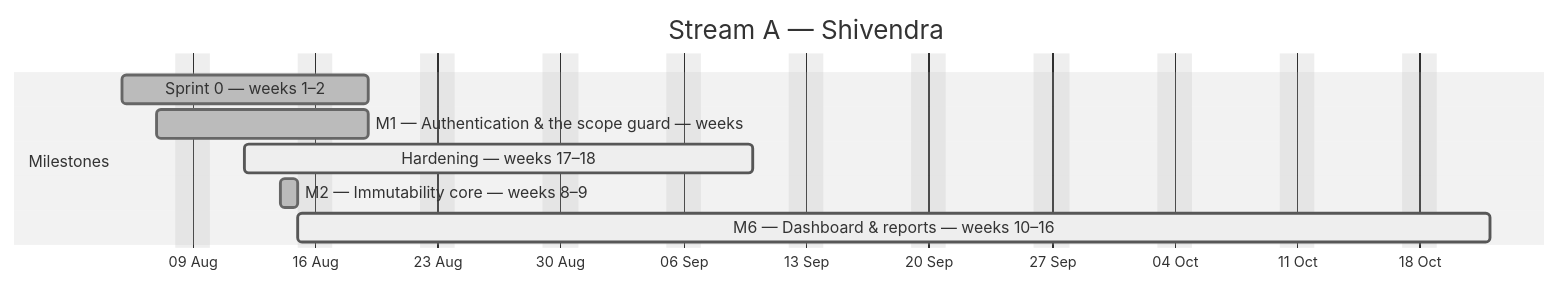
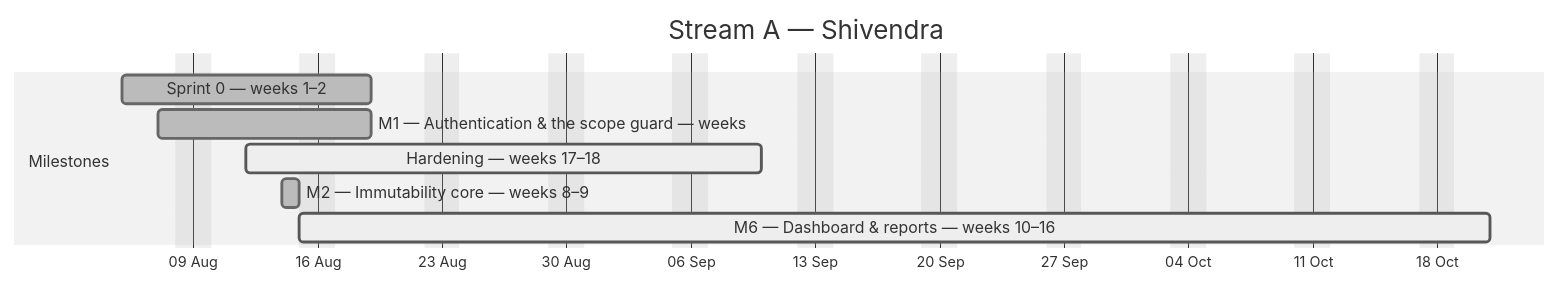
One commit to debashisedunext/EduTrack changed the first of 4 diagrams in docs/plan/GANTT.md. Above: the diagram before and after it, drawn with Mermaid (neutral theme). The commit also changed other lines of this file and 3 other files, not shown here.

````diff
--- a/docs/plan/GANTT.md
+++ b/docs/plan/GANTT.md
@@ -111,13 +111,13 @@
 ```mermaid
 gantt
     dateFormat YYYY-MM-DD
     axisFormat %d %b
     title Stream A — Shivendra
     excludes weekends
     section Milestones
     Sprint 0 — weeks 1–2 :done, a0, 2026-08-05, 10d
     M1 — Authentication & the scope guard — weeks :done, a1, 2026-08-07, 8d
     Hardening — weeks 17–18 :active, a2, 2026-08-12, 21d
     M2 — Immutability core — weeks 8–9 :done, a3, 2026-08-14, 1d
-    M6 — Dashboard & reports — weeks 10–16 :active, a4, 2026-08-15, 49d
+    M6 — Dashboard & reports — weeks 10–16 :active, a4, 2026-08-15, 48d
 ```
````
